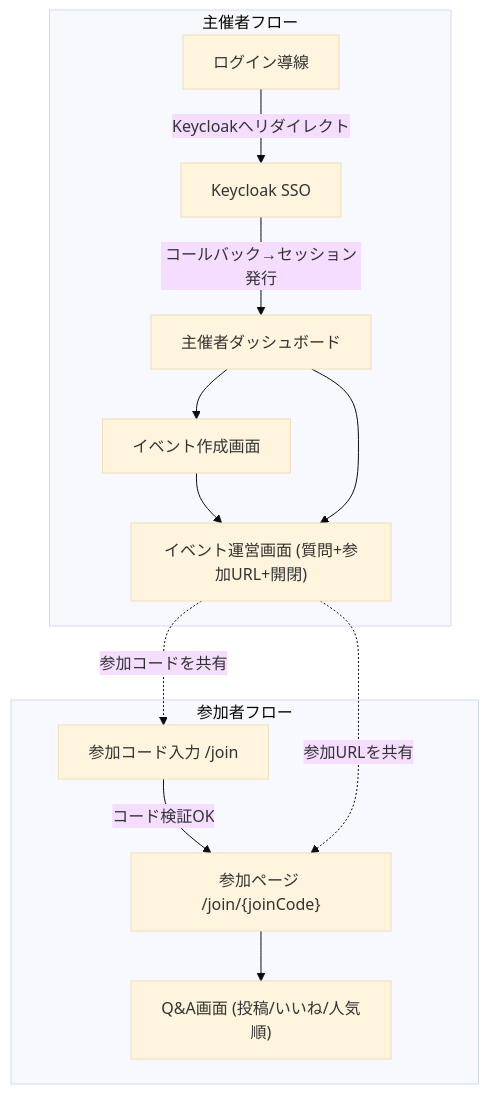
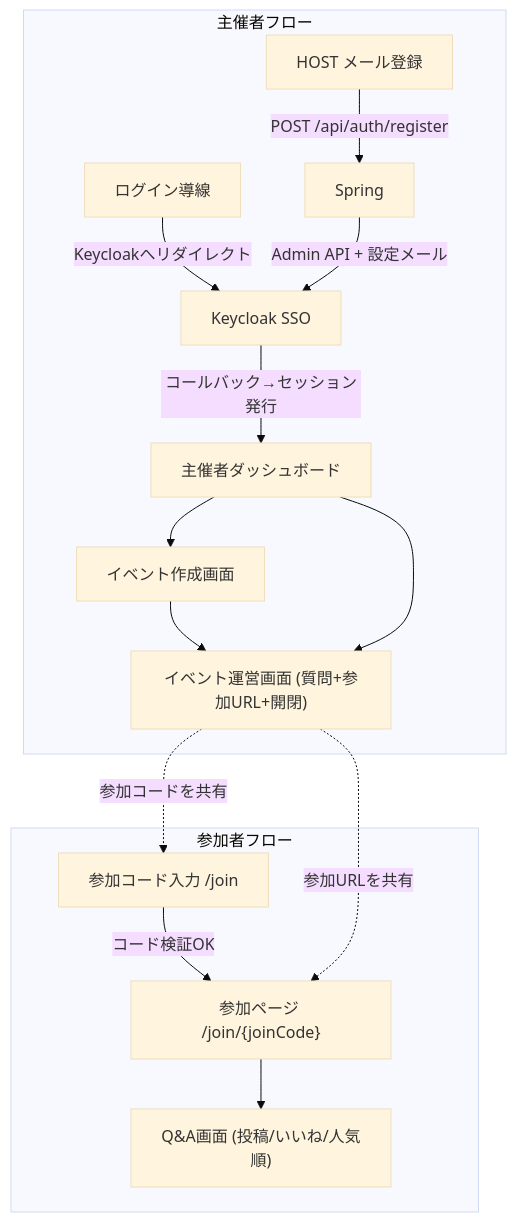
Before and after one commit to muscat2356/LiveQA-app: the first of 3 diagrams in docs/design/screen-transition.md, drawn with Mermaid (base theme). The commit also changed other lines of this file and 21 other files, not shown here.

````diff
--- a/docs/design/screen-transition.md
+++ b/docs/design/screen-transition.md
@@ -7,16 +7,18 @@
 ```mermaid
 flowchart TD
     subgraph host [主催者フロー]
         Login["ログイン導線"] -->|Keycloakへリダイレクト| KC[Keycloak SSO]
+        Register["HOST メール登録"] -->|POST /api/auth/register| API[Spring]
+        API -->|Admin API + 設定メール| KC
         KC -->|コールバック→セッション発行| Dash[主催者ダッシュボード]
         Dash --> Create[イベント作成画面]
         Create --> Manage["イベント運営画面 (質問+参加URL+開閉)"]
         Dash --> Manage
     end
     subgraph guest [参加者フロー]
         CodeEntry["参加コード入力 /join"] -->|コード検証OK| Join
         Join["参加ページ /join/{joinCode}"] --> QA["Q&A画面 (投稿/いいね/人気順)"]
     end
     Manage -.参加URLを共有.-> Join
     Manage -.参加コードを共有.-> CodeEntry
 ```
````
